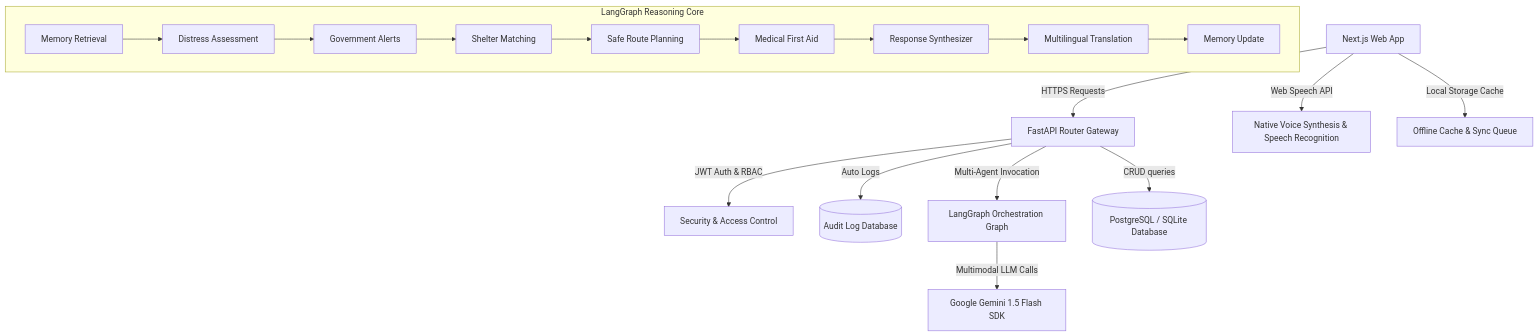
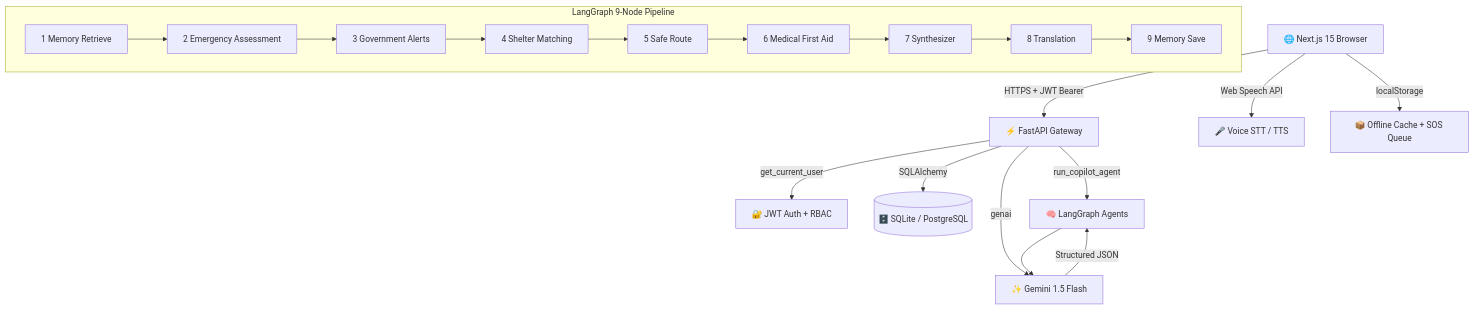
The first of 5 diagrams in README.md (sharada0719/LifeBridge-AI), drawn with Mermaid before and after one commit. The commit also changed other lines of this file, not shown here.

Commit message:
docs: complete professional README with architecture diagrams, workflows, modules, API reference, deployment guides

````diff
--- a/README.md
+++ b/README.md
@@ -9,24 +139,22 @@
 ```mermaid
 graph TD
-    Client[Next.js Web App] -->|HTTPS Requests| Gateway[FastAPI Router Gateway]
-    Client -->|Web Speech API| NativeTTS[Native Voice Synthesis & Speech Recognition]
-    Client -->|Local Storage Cache| Caching[Offline Cache & Sync Queue]
-
-    Gateway -->|JWT Auth & RBAC| Security[Security & Access Control]
-    Gateway -->|Auto Logs| Audits[(Audit Log Database)]
-    Gateway -->|Multi-Agent Invocation| LangGraph[LangGraph Orchestration Graph]
-
-    subgraph LangGraph Reasoning Core
-        Node1[Memory Retrieval] --> Node2[Distress Assessment]
-        Node2 --> Node3[Government Alerts]
-        Node3 --> Node4[Shelter Matching]
-        Node4 --> Node5[Safe Route Planning]
-        Node5 --> Node6[Medical First Aid]
-        Node6 --> Node7[Response Synthesizer]
-        Node7 --> Node8[Multilingual Translation]
-        Node8 --> Node9[Memory Update]
+    Browser["🌐 Next.js 15 Browser"] -->|HTTPS + JWT Bearer| API["⚡ FastAPI Gateway"]
+    Browser -->|Web Speech API| Voice["🎤 Voice STT / TTS"]
+    Browser -->|localStorage| Cache["📦 Offline Cache + SOS Queue"]
+    API -->|get_current_user| Auth["🔐 JWT Auth + RBAC"]
+    API -->|SQLAlchemy| DB[("🗄️ SQLite / PostgreSQL")]
+    API -->|run_copilot_agent| LG["🧠 LangGraph Agents"]
+    API -->|genai| Gemini["✨ Gemini 1.5 Flash"]
+    subgraph LangGraph 9-Node Pipeline
+        N1[1 Memory Retrieve] --> N2[2 Emergency Assessment]
+        N2 --> N3[3 Government Alerts]
+        N3 --> N4[4 Shelter Matching]
+        N4 --> N5[5 Safe Route]
+        N5 --> N6[6 Medical First Aid]
+        N6 --> N7[7 Synthesizer]
+        N7 --> N8[8 Translation]
+        N8 --> N9[9 Memory Save]
     end
-
-    LangGraph -->|Multimodal LLM Calls| Gemini[Google Gemini 1.5 Flash SDK]
-    Gateway -->|CRUD queries| DB[(PostgreSQL / SQLite Database)]
+    LG --> Gemini
+    Gemini -->|Structured JSON| LG
 ```
````
